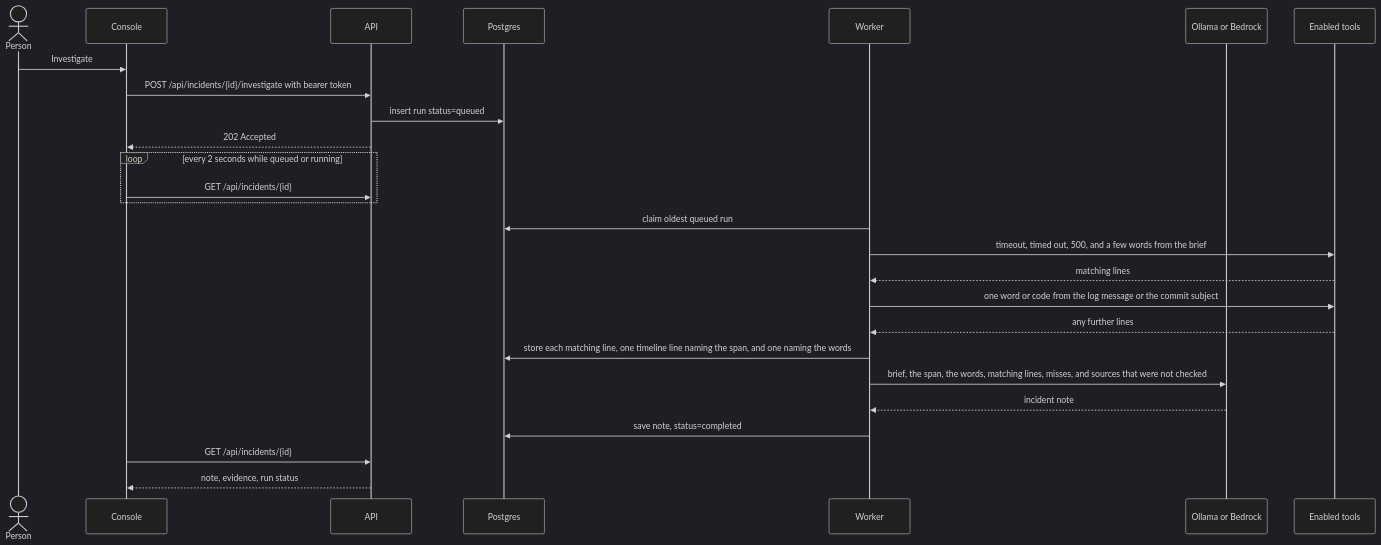
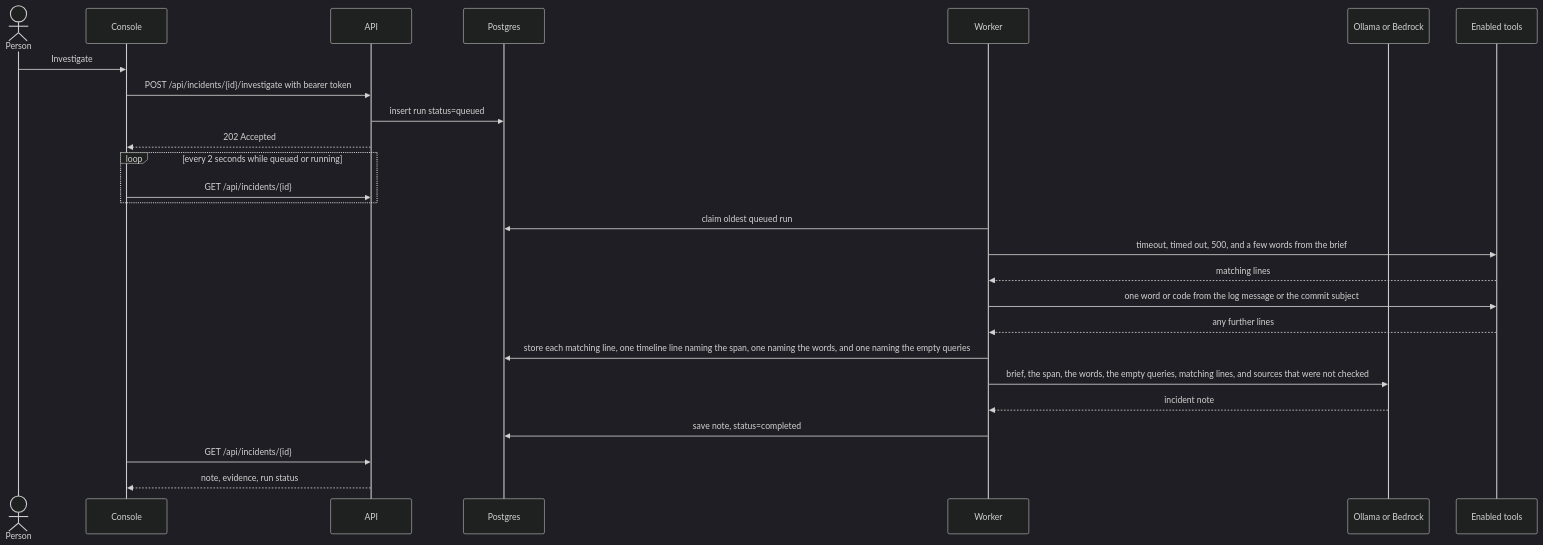
Before and after one commit to SaifulJnU/incident-investigation-agent: the third of 3 diagrams in prd/system-design.md, drawn with Mermaid (dark theme). The commit also changed other lines of this file and 9 other files, not shown here.

Commit message:
feat: record queries that returned no lines so the note can say so

````diff
--- a/prd/system-design.md
+++ b/prd/system-design.md
@@ -54,28 +54,28 @@
 ```mermaid
 sequenceDiagram
   actor Person
   participant Console
   participant API
   participant DB as Postgres
   participant Worker
   participant Model as Ollama or Bedrock
   participant Logs as Enabled tools
   Person->>Console: Investigate
   Console->>API: POST /api/incidents/{id}/investigate with bearer token
   API->>DB: insert run status=queued
   API-->>Console: 202 Accepted
   loop every 2 seconds while queued or running
     Console->>API: GET /api/incidents/{id}
   end
   Worker->>DB: claim oldest queued run
   Worker->>Logs: timeout, timed out, 500, and a few words from the brief
   Logs-->>Worker: matching lines
   Worker->>Logs: one word or code from the log message or the commit subject
   Logs-->>Worker: any further lines
-  Worker->>DB: store each matching line, one timeline line naming the span, and one naming the words
-  Worker->>Model: brief, the span, the words, matching lines, misses, and sources that were not checked
+  Worker->>DB: store each matching line, one timeline line naming the span, one naming the words, and one naming the empty queries
+  Worker->>Model: brief, the span, the words, the empty queries, matching lines, and sources that were not checked
   Model-->>Worker: incident note
   Worker->>DB: save note, status=completed
   Console->>API: GET /api/incidents/{id}
   API-->>Console: note, evidence, run status
 ```
````
